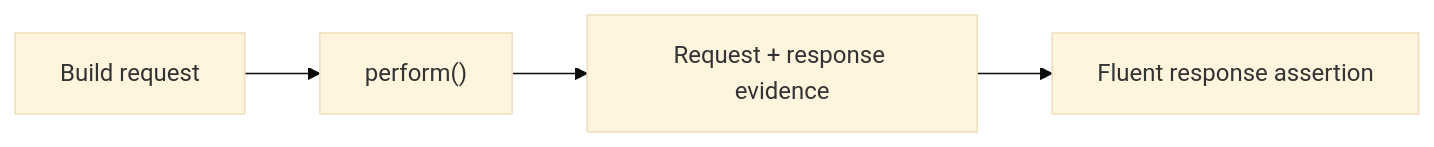
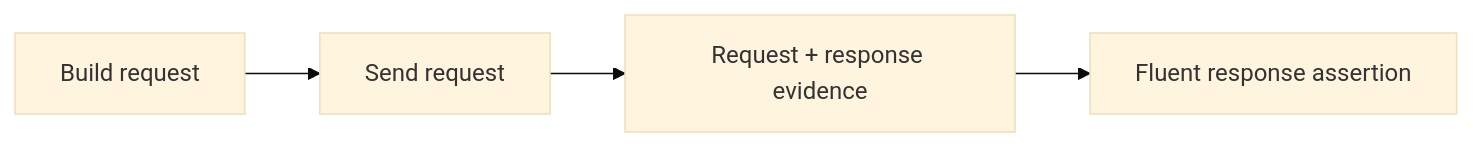
The diagram in docs/testing/api.mdx (ShaftHQ/shafthq.github.io), drawn with Mermaid (base theme) before and after one commit. The commit also changed other lines of this file and 30 other files, not shown here.

````diff
--- a/docs/testing/api.mdx
+++ b/docs/testing/api.mdx
@@ -33,6 +33,6 @@
 ```mermaid
 flowchart LR
-    Builder["Build request"] --> Perform["perform()"]
-    Perform --> Evidence["Request + response evidence"]
+    Builder["Build request"] --> Send["Send request"]
+    Send --> Evidence["Request + response evidence"]
     Evidence --> Assert["Fluent response assertion"]
 ```
````
